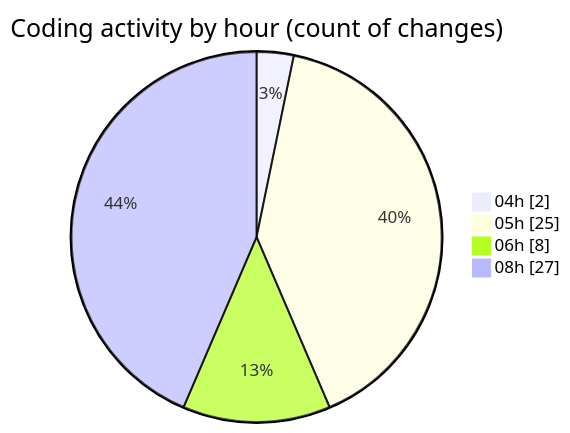
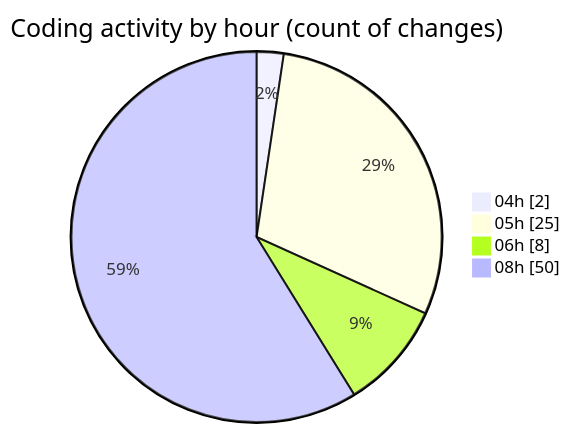
Before and after one commit to 3Nya3/code-tracking: the second of 2 diagrams in 2024-12-31/nyah/README.md, drawn with Mermaid. The commit also changed other lines of this file and 1 other file, not shown here.

````diff
--- a/2024-12-31/nyah/README.md
+++ b/2024-12-31/nyah/README.md
@@ -33,8 +33,8 @@
 ```mermaid
 pie showData
 title Coding activity by hour (count of changes)
 "04h" : 2
 "05h" : 25
 "06h" : 8
-"08h" : 27
+"08h" : 50
 ```
````
